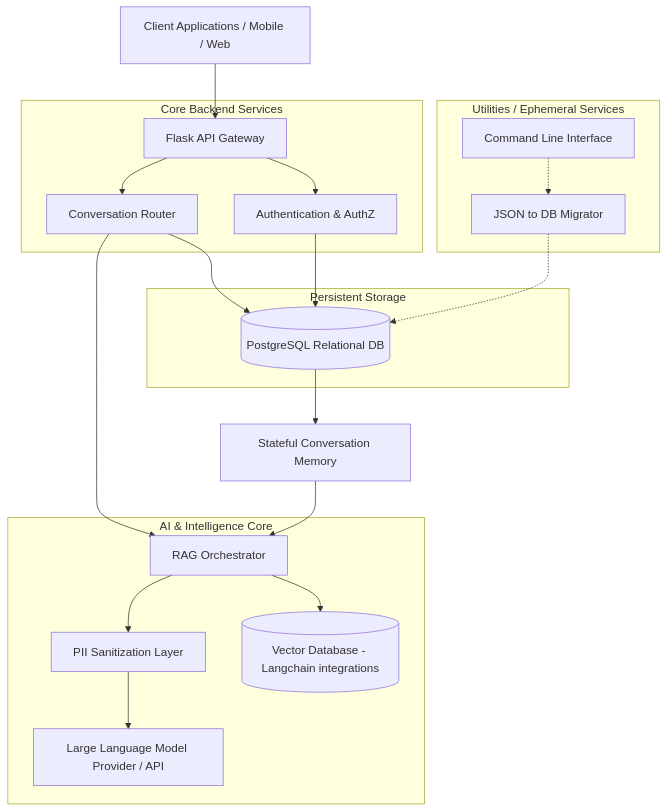
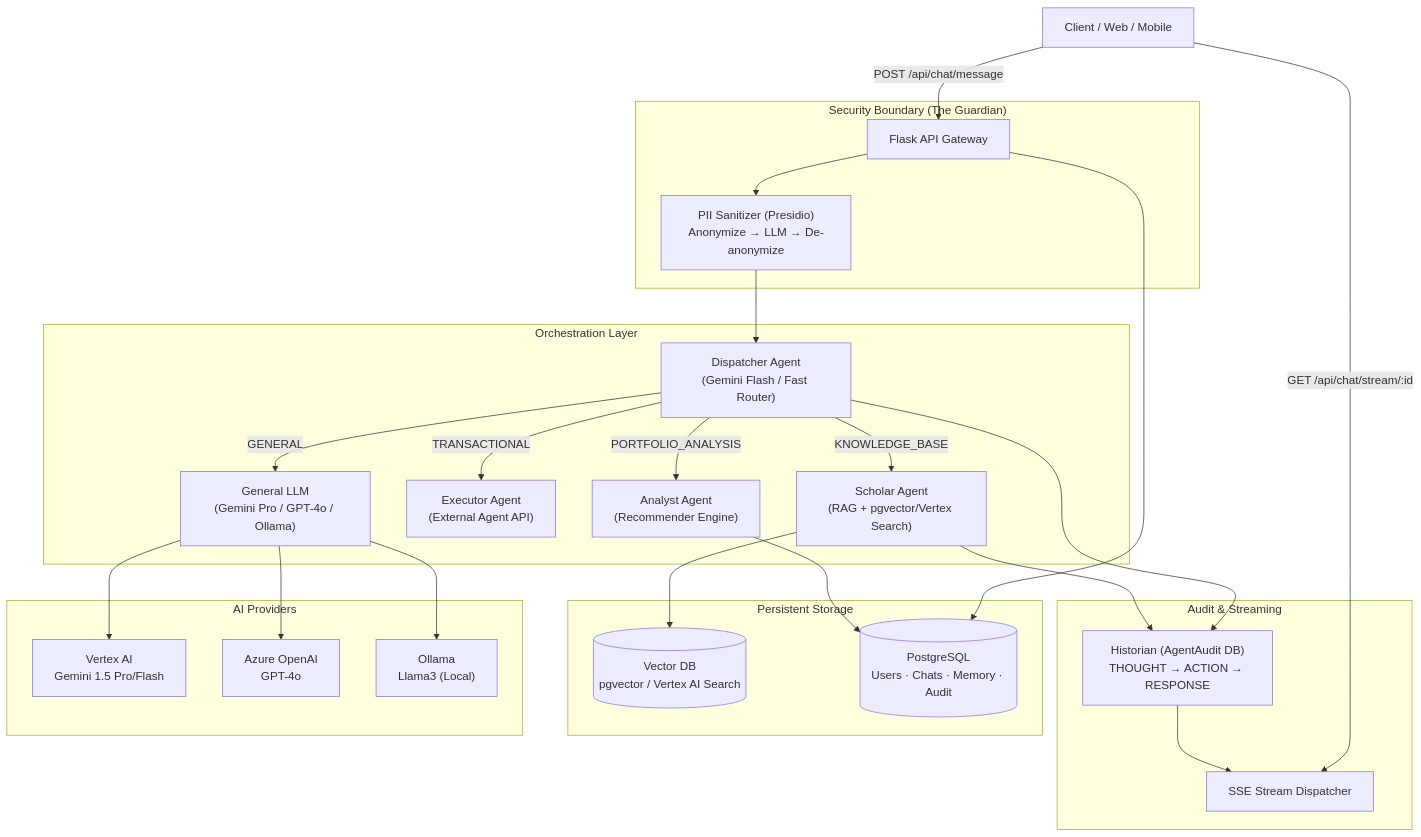
The diagram in docs/architecture.md (sumitsr/retireiq), drawn with Mermaid before and after one commit. The commit also changed other lines of this file and 23 other files, not shown here.

Commit message:
feat: implement SSE-based real-time streaming for chat interactions and introduce a background orchestrator service for agentic task execution.

````diff
--- a/docs/architecture.md
+++ b/docs/architecture.md
@@ -7,30 +9,35 @@
 ```mermaid
 graph TD
-    Client[Client Applications / Mobile / Web] --> API[Flask API Gateway]
-    
-    subgraph "Core Backend Services"
-        API --> Auth[Authentication & AuthZ]
-        API --> ChatRouter[Conversation Router]
+    Client["Client / Web / Mobile"] -->|POST /api/chat/message| API["Flask API Gateway"]
+    Client -->|GET /api/chat/stream/:id| SSE["SSE Stream Dispatcher"]
+
+    subgraph "Security Boundary (The Guardian)"
+        API --> PII["PII Sanitizer (Presidio)\nAnonymize → LLM → De-anonymize"]
     end
 
-    subgraph "Utilities / Ephemeral Services"
-        CLI[Command Line Interface] -.-> DataMigrator[JSON to DB Migrator]
+    subgraph "Orchestration Layer"
+        PII --> Dispatcher["Dispatcher Agent\n(Gemini Flash / Fast Router)"]
+        Dispatcher -->|KNOWLEDGE_BASE| Scholar["Scholar Agent\n(RAG + pgvector/Vertex Search)"]
+        Dispatcher -->|TRANSACTIONAL| Executor["Executor Agent\n(External Agent API)"]
+        Dispatcher -->|PORTFOLIO_ANALYSIS| Analyst["Analyst Agent\n(Recommender Engine)"]
+        Dispatcher -->|GENERAL| Fallback["General LLM\n(Gemini Pro / GPT-4o / Ollama)"]
+    end
+
+    subgraph "Audit & Streaming"
+        Dispatcher --> Historian["Historian (AgentAudit DB)\nTHOUGHT → ACTION → RESPONSE"]
+        Scholar --> Historian
+        Historian --> SSE
     end
 
     subgraph "Persistent Storage"
-        ChatRouter --> DB[(PostgreSQL Relational DB)]
-        Auth --> DB
+        Scholar --> VDB[("Vector DB\npgvector / Vertex AI Search")]
+        API --> DB[("PostgreSQL\nUsers · Chats · Memory · Audit")]
+        Analyst --> DB
     end
 
-    DataMigrator -.-> DB
-    
-    subgraph "AI & Intelligence Core"
-        ChatRouter --> RAG[RAG Orchestrator]
-        RAG --> PIIScrubber[PII Sanitization Layer]
-        PIIScrubber --> LLM[Large Language Model Provider / API]
-        RAG --> VectorStore[(Vector Database - Langchain integrations)]
+    subgraph "AI Providers"
+        Fallback --> Vertex["Vertex AI\nGemini 1.5 Pro/Flash"]
+        Fallback --> Azure["Azure OpenAI\nGPT-4o"]
+        Fallback --> Ollama["Ollama\nLlama3 (Local)"]
     end
-
-    DB --> Memory[Stateful Conversation Memory]
-    Memory --> RAG
 ```
````
